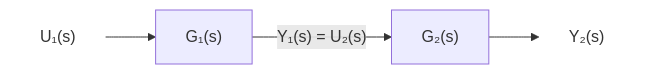
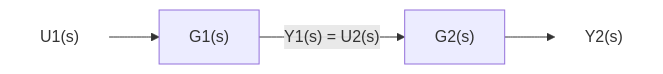
The third of 15 diagrams in Lecture-Notes/Week05_Control-System-Modeling-II/Concepts_Lecture.md (Choroning/25Fall_Neural-Network-Control-Systems), drawn with Mermaid before and after one commit. The commit also changed other lines of this file and 25 other files, not shown here.

````diff
--- a/Lecture-Notes/Week05_Control-System-Modeling-II/Concepts_Lecture.md
+++ b/Lecture-Notes/Week05_Control-System-Modeling-II/Concepts_Lecture.md
@@ -596,8 +598,8 @@
 ```mermaid
 flowchart LR
-  U1["U₁(s)"] --> G1["G₁(s)"]
-  G1 -->|"Y₁(s) = U₂(s)"| G2["G₂(s)"]
-  G2 --> Y2["Y₂(s)"]
+  U1["U1(s)"] --> G1["G1(s)"]
+  G1 -->|"Y1(s) = U2(s)"| G2["G2(s)"]
+  G2 --> Y2["Y2(s)"]
   classDef sig fill:none,stroke:none;
   class U1,Y2 sig;
 ```
````
